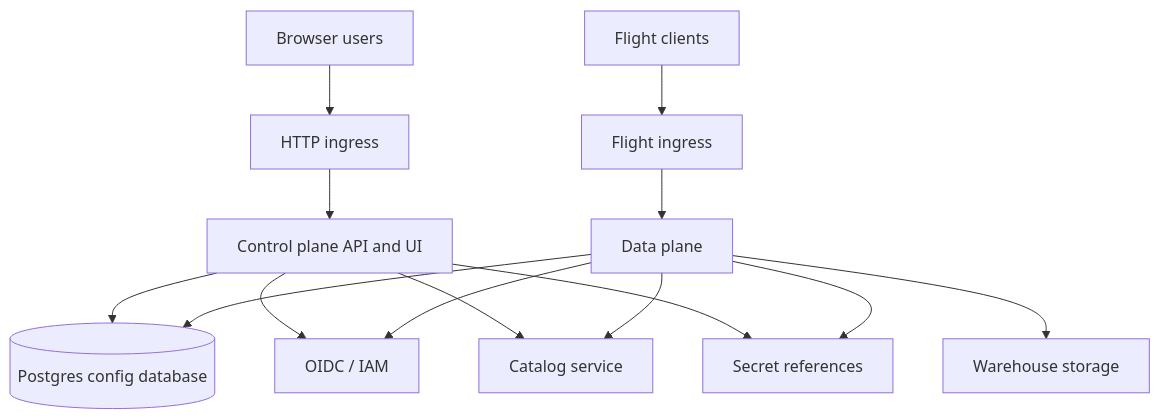
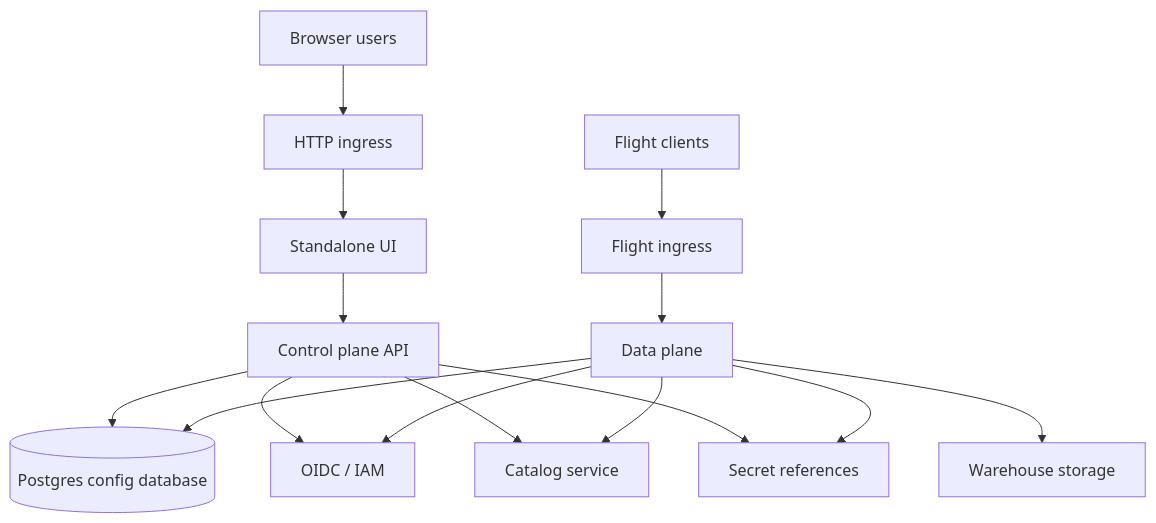
The first of 2 diagrams in docs/operators.md (snithish/dal-obscura), drawn with Mermaid before and after one commit. The commit also changed other lines of this file and 10 other files, not shown here.

````diff
--- a/docs/operators.md
+++ b/docs/operators.md
@@ -8,18 +20,19 @@
 ```mermaid
 flowchart TB
-    users["Browser users"] --> lb1["HTTP ingress"]
-    clients["Flight clients"] --> lb2["Flight ingress"]
+    users["Browser users"] --> http["HTTP ingress"]
+    clients["Flight clients"] --> flight_ingress["Flight ingress"]
 
-    lb1 --> cp["Control plane API and UI"]
-    lb2 --> dp["Data plane"]
+    http --> ui["Standalone UI"]
+    ui --> cp["Control plane API"]
+    flight_ingress --> dp["Data plane"]
 
     cp --> db[("Postgres config database")]
     dp --> db
     cp --> idp["OIDC / IAM"]
     dp --> idp
     cp --> catalog["Catalog service"]
     dp --> catalog
     dp --> storage["Warehouse storage"]
     cp --> secrets["Secret references"]
     dp --> secrets
 ```
````
